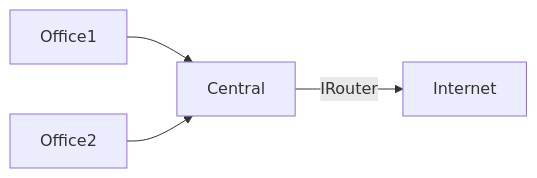
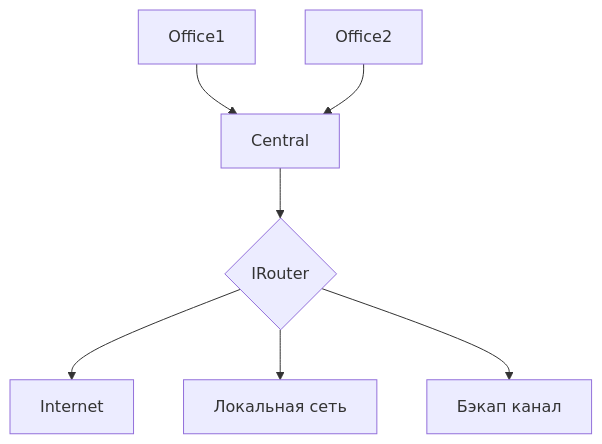
Before and after one commit to mrAlexbody/otus_linux-pro-2025-08: the diagram in 19_Network/README.md, drawn with Mermaid.

Commit message:
HW 19 "Network3"

````diff
--- a/19_Network/README.md
+++ b/19_Network/README.md
@@ -43,5 +43,9 @@
 ```mermaid
-graph LR
-    Office1 & Office2 --> Central
-    Central -- IRouter --> Internet
+graph TD
+    Office1 --> Central
+    Office2 --> Central
+    Central --> IRouter{IRouter}
+    IRouter --> Internet
+    IRouter --> LocalNetwork[Локальная сеть]
+    IRouter --> Backup[Бэкап канал]
 ```
````
